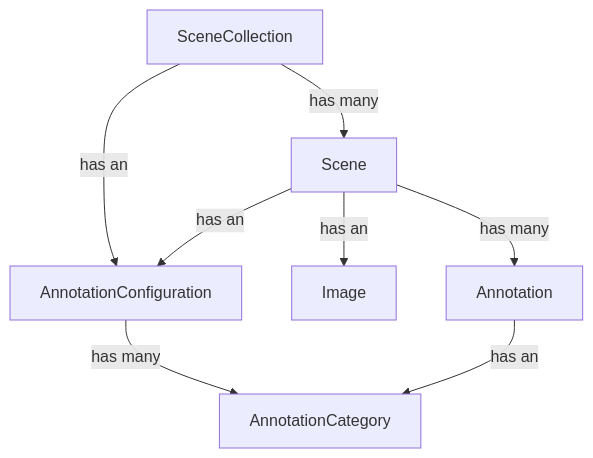
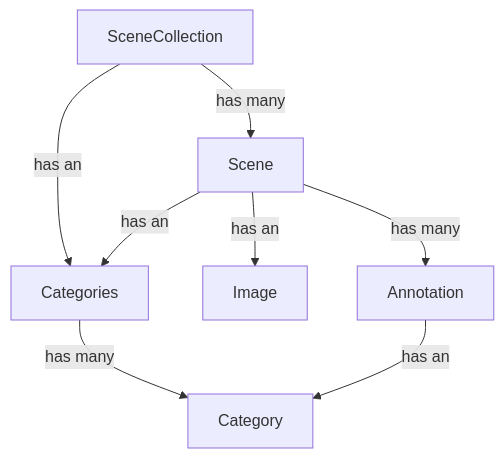
Before and after one commit to faustomorales/mira: the diagram in docs/core/index.rst, drawn with Mermaid. The commit also changed other lines of this file and 26 other files, not shown here.

```diff
--- a/docs/core/index.rst
+++ b/docs/core/index.rst
@@ -16,10 +16,10 @@
 .. mermaid::
 
     graph TD
         SC[SceneCollection] --> |has many| S[Scene]
-        SC --> |has an| ACF[AnnotationConfiguration]
+        SC --> |has an| ACF[Categories]
         S --> |has an| ACF
         S --> |has an| IM[Image]
         S --> |has many| A[Annotation]
-        ACF --> |has many| AC[AnnotationCategory]
+        ACF --> |has many| AC[Category]
         A --> |has an| AC
```
